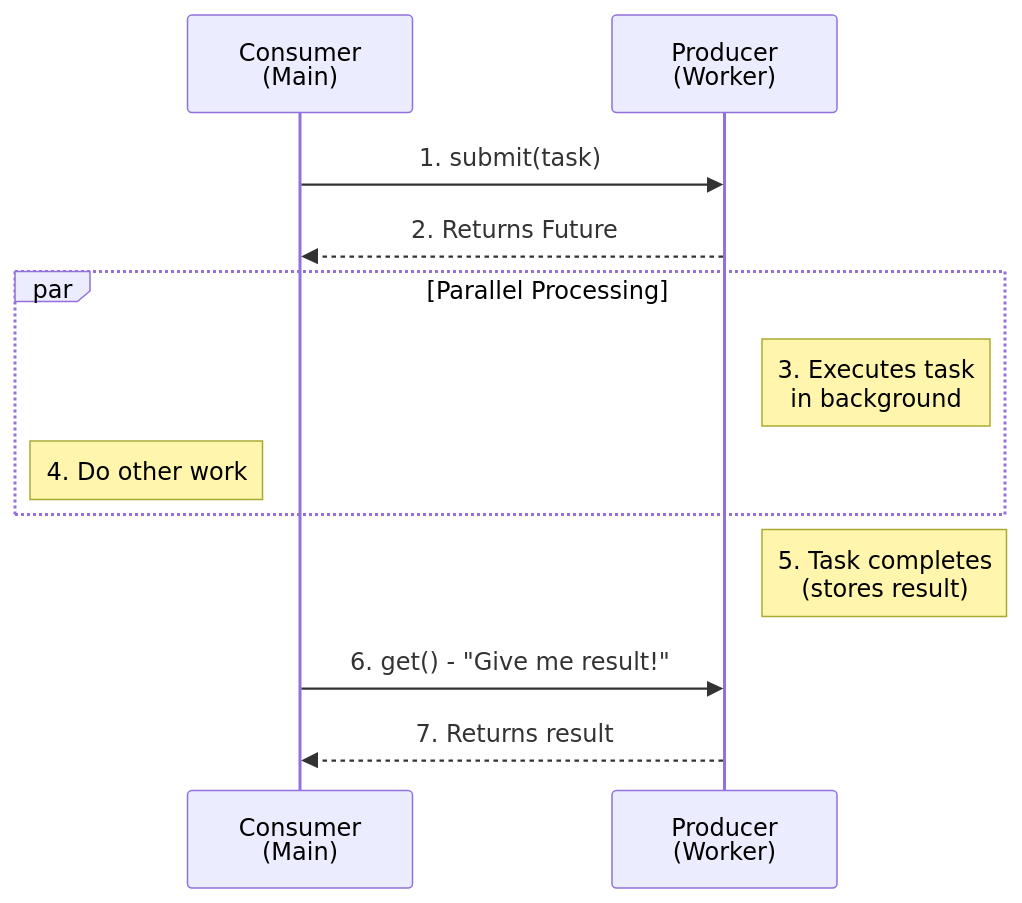
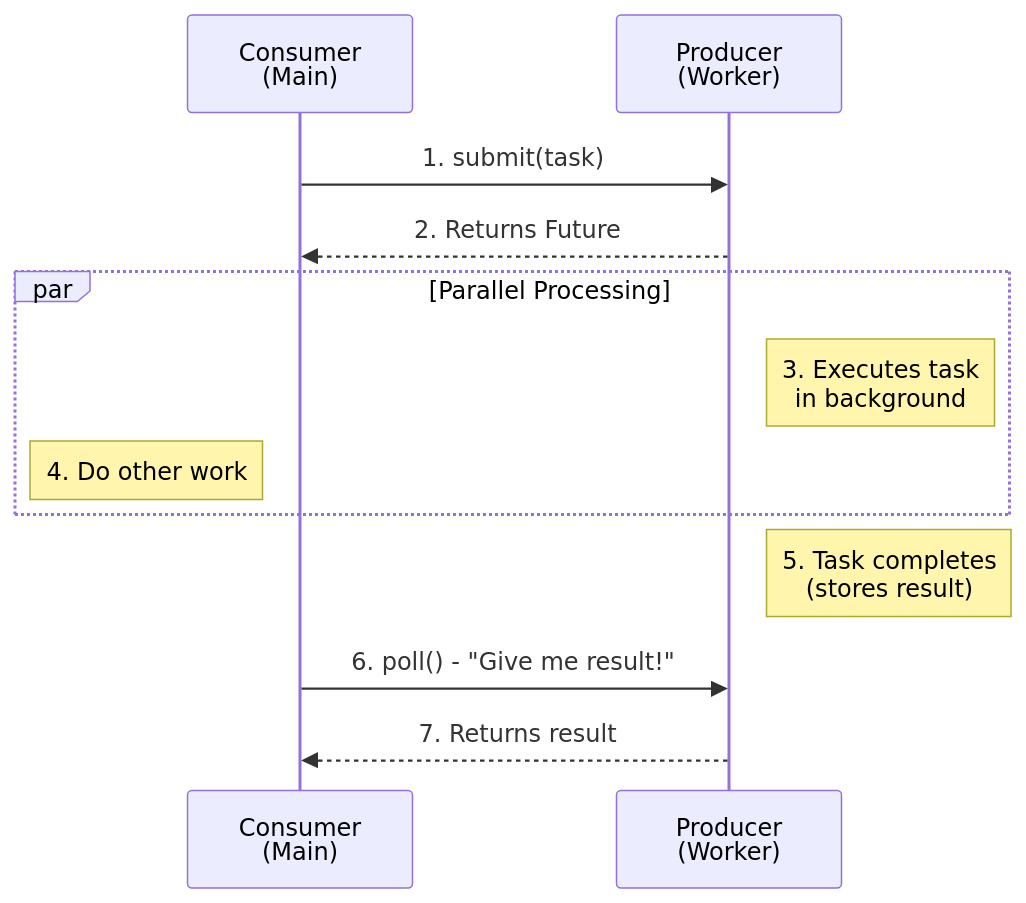
Before and after one commit to ngokhoa1202/cs-note: the third of 4 diagrams in programming/java/concurrency-control/Future.md, drawn with Mermaid. The commit also changed other lines of this file and 69 other files, not shown here.

````diff
--- a/programming/java/concurrency-control/Future.md
+++ b/programming/java/concurrency-control/Future.md
@@ -92,18 +92,18 @@
 ```mermaid
 sequenceDiagram
     participant C as Consumer<br/>(Main)
     participant P as Producer<br/>(Worker)
 
     C->>P: 1. submit(task)
     P-->>C: 2. Returns Future
     
     par Parallel Processing
         Note right of P: 3. Executes task<br/>in background
         Note left of C: 4. Do other work
     end
 
     Note right of P: 5. Task completes<br/>(stores result)
 
-    C->>P: 6. get() - "Give me result!"
+    C->>P: 6. poll() - "Give me result!"
     P-->>C: 7. Returns result
 ```
````
